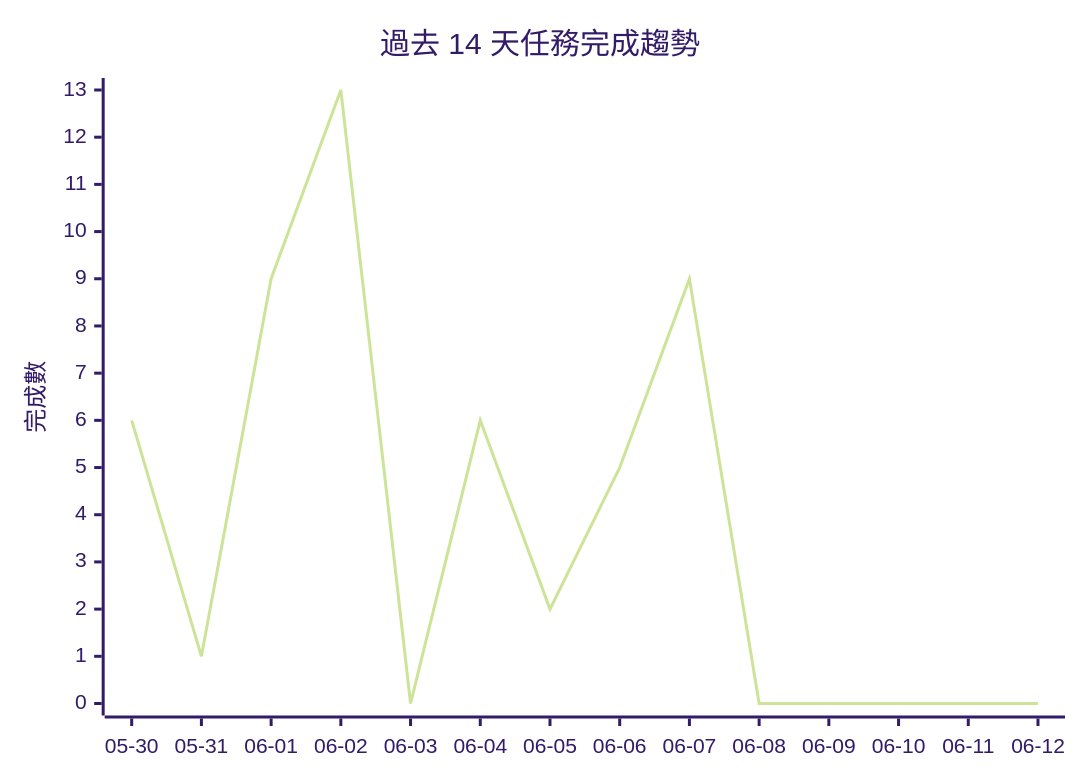
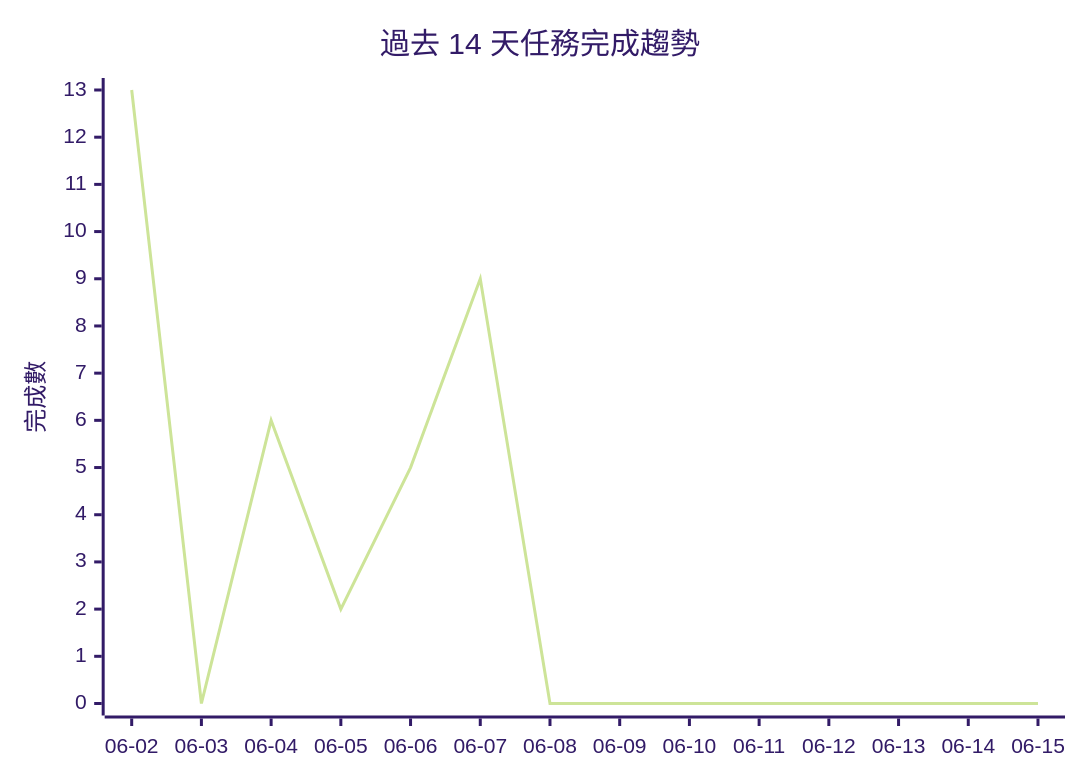
One commit to gentoobreaking/ai-tasks changed the diagram in PROJECTS.md. Above: the diagram before and after it, drawn with Mermaid (forest theme). The commit also changed other lines of this file and 58 other files, not shown here.

````diff
--- a/PROJECTS.md
+++ b/PROJECTS.md
@@ -148,7 +148,7 @@
 ```mermaid
 xychart-beta
     title "過去 14 天任務完成趨勢"
-    x-axis ["05-30", "05-31", "06-01", "06-02", "06-03", "06-04", "06-05", "06-06", "06-07", "06-08", "06-09", "06-10", "06-11", "06-12"]
+    x-axis ["06-02", "06-03", "06-04", "06-05", "06-06", "06-07", "06-08", "06-09", "06-10", "06-11", "06-12", "06-13", "06-14", "06-15"]
     y-axis "完成數" 0 --> 13
-    line [6, 1, 9, 13, 0, 6, 2, 5, 9, 0, 0, 0, 0, 0]
+    line [13, 0, 6, 2, 5, 9, 0, 0, 0, 0, 0, 0, 0, 0]
 ```
````
